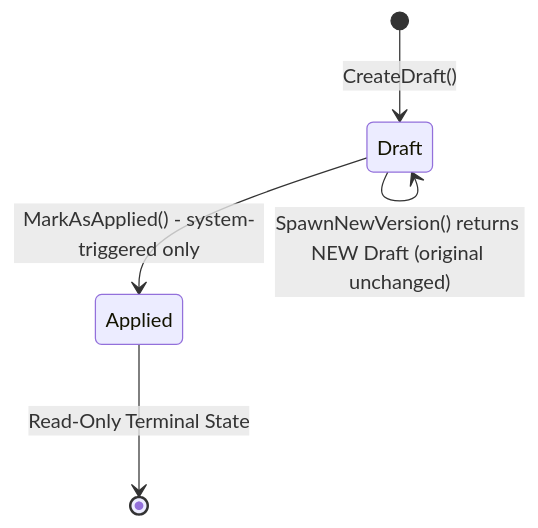
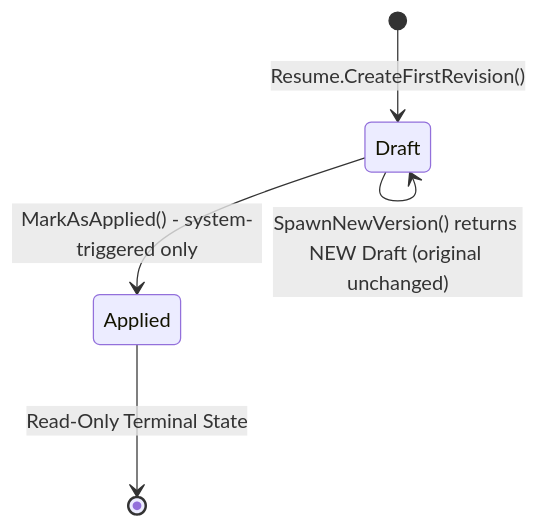
One commit to AndriySham/CareerPulse changed the third of 3 diagrams in ARCHITECTURE.md. Above: the diagram before and after it, drawn with Mermaid. The commit also changed other lines of this file and 4 other files, not shown here.

Commit message:
docs(architecture): update domain model, architecture spec, and add ADR 10 for Resume aggregate

````diff
--- a/ARCHITECTURE.md
+++ b/ARCHITECTURE.md
@@ -664,7 +945,7 @@
 ```mermaid
 stateDiagram-v2
-    [*] --> Draft : CreateDraft()
+    [*] --> Draft : Resume.CreateFirstRevision()
     Draft --> Applied : MarkAsApplied() - system-triggered only
     Draft --> Draft : SpawnNewVersion() returns NEW Draft (original unchanged)
     Applied --> [*] : Read-Only Terminal State
 ```
````
